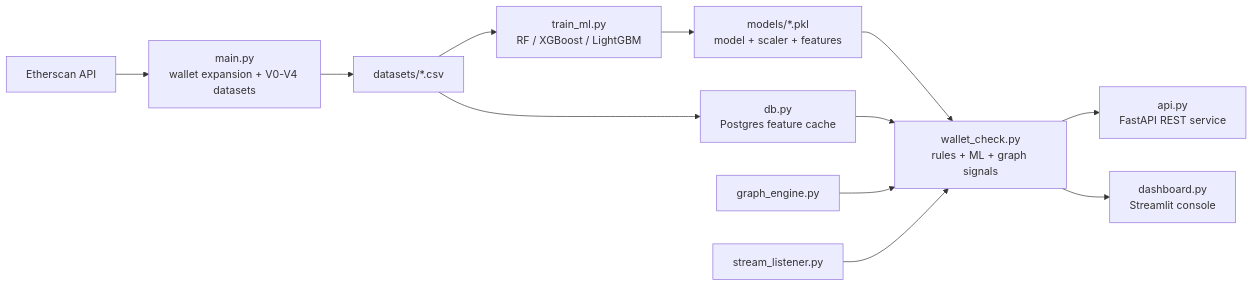
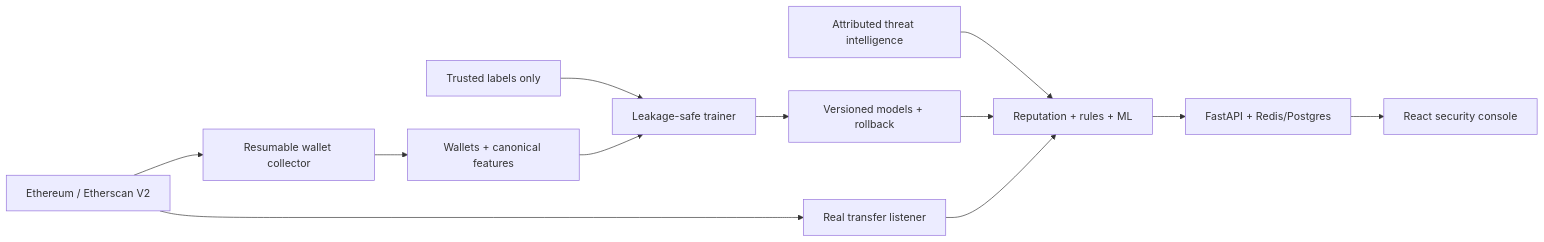
Before and after one commit to LearnToCodeAcademy/Real-Time-Stablecoin-Payout-Risk-Scoring-System: the diagram in README.md, drawn with Mermaid. The commit also changed other lines of this file and 164 other files, not shown here.

````diff
--- a/README.md
+++ b/README.md
@@ -31,14 +16,14 @@
 ```mermaid
 flowchart LR
-    A["Etherscan API"] --> B["main.py<br/>wallet expansion + V0-V4 datasets"]
-    B --> C["datasets/*.csv"]
-    C --> D["train_ml.py<br/>RF / XGBoost / LightGBM"]
-    D --> E["models/*.pkl<br/>model + scaler + features"]
-    C --> F["db.py<br/>Postgres feature cache"]
-    E --> G["wallet_check.py<br/>rules + ML + graph signals"]
-    F --> G
-    H["graph_engine.py"] --> G
-    G --> I["api.py<br/>FastAPI REST service"]
-    G --> J["dashboard.py<br/>Streamlit console"]
-    K["stream_listener.py"] --> G
+    Chain["Ethereum / Etherscan V2"] --> Live["Real transfer listener"]
+    Chain --> Collect["Resumable wallet collector"]
+    Intel["Attributed threat intelligence"] --> Score["Reputation + rules + ML"]
+    Collect --> Data["Wallets + canonical features"]
+    Labels["Trusted labels only"] --> Train["Leakage-safe trainer"]
+    Data --> Train
+    Train --> Versions["Versioned models + rollback"]
+    Versions --> Score
+    Live --> Score
+    Score --> API["FastAPI + Redis/Postgres"]
+    API --> UI["React security console"]
 ```
````
